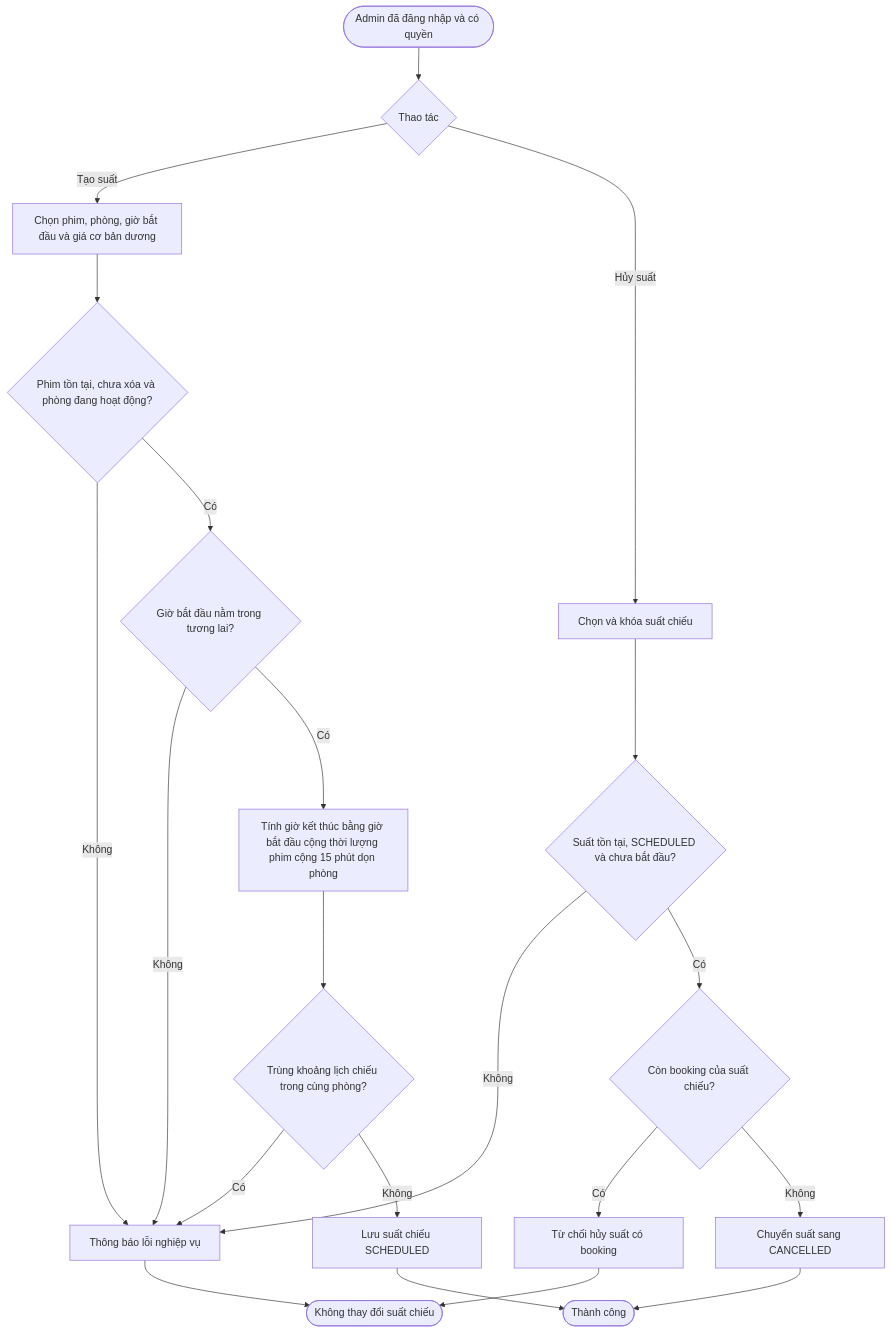
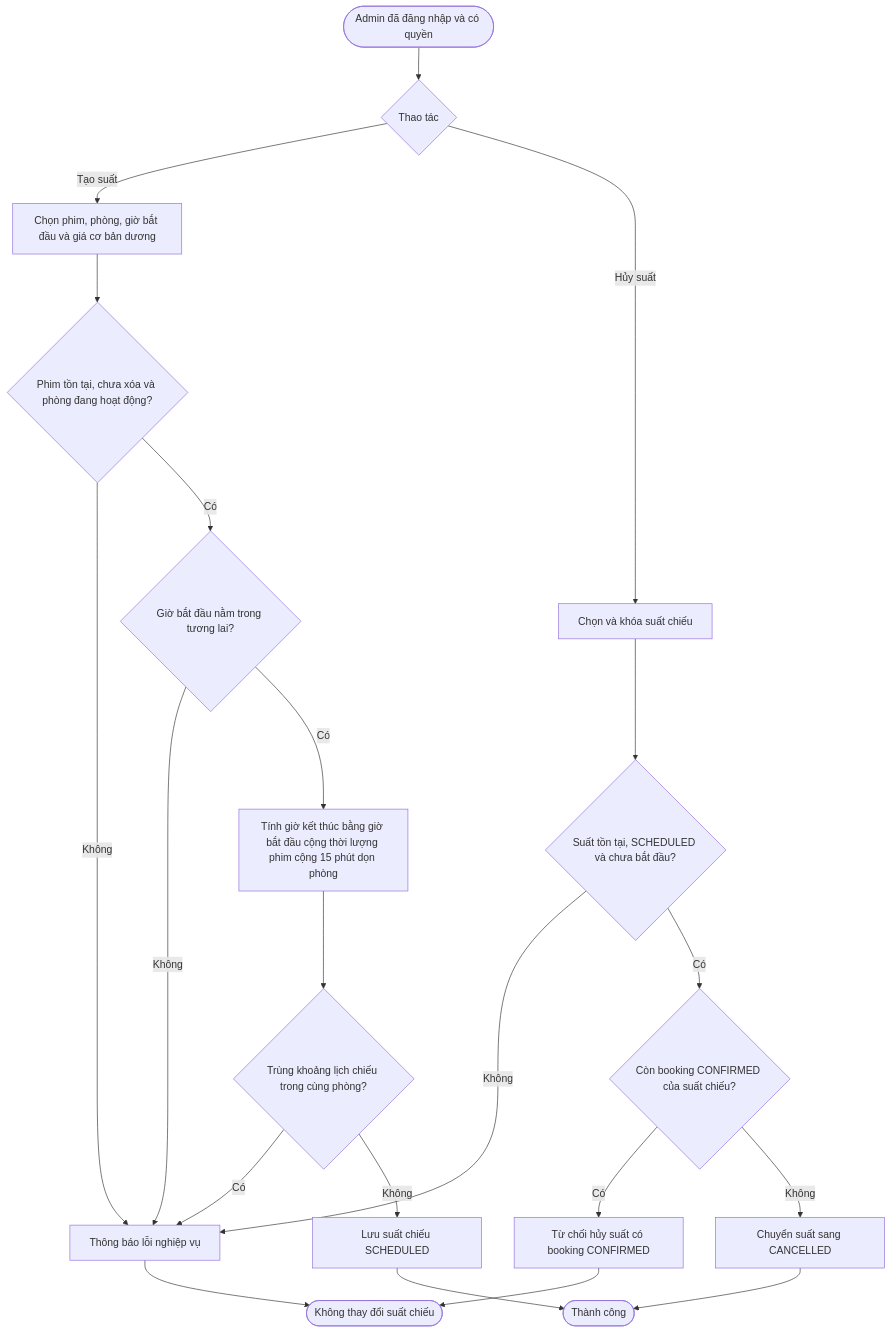
The seventh of 7 diagrams in docs/phase-1/so-do-luong-nghiep-vu.md (taclna/BTL-1-21-phase-2), drawn with Mermaid before and after one commit. The commit also changed other lines of this file, not shown here.

Commit message:
docs: update booking flow diagrams for soft cancellation

````diff
--- a/docs/phase-1/so-do-luong-nghiep-vu.md
+++ b/docs/phase-1/so-do-luong-nghiep-vu.md
@@ -161,24 +208,24 @@
 ```mermaid
 flowchart TD
     A0([Admin đã đăng nhập và có quyền]) --> A1{Thao tác}
     A1 -->|Tạo suất| A2[Chọn phim, phòng, giờ bắt đầu và giá cơ bản dương]
     A2 --> A3{Phim tồn tại, chưa xóa và phòng đang hoạt động?}
     A3 -->|Không| ERR[Thông báo lỗi nghiệp vụ]
     A3 -->|Có| A4{Giờ bắt đầu nằm trong tương lai?}
     A4 -->|Không| ERR
     A4 -->|Có| A5[Tính giờ kết thúc bằng giờ bắt đầu cộng thời lượng phim cộng 15 phút dọn phòng]
     A5 --> A6{Trùng khoảng lịch chiếu trong cùng phòng?}
     A6 -->|Có| ERR
     A6 -->|Không| A7[Lưu suất chiếu SCHEDULED]
     A7 --> DONE([Thành công])
 
     A1 -->|Hủy suất| A8[Chọn và khóa suất chiếu]
     A8 --> A9{Suất tồn tại, SCHEDULED và chưa bắt đầu?}
     A9 -->|Không| ERR
-    A9 -->|Có| A10{Còn booking của suất chiếu?}
-    A10 -->|Có| A11[Từ chối hủy suất có booking]
+    A9 -->|Có| A10{Còn booking CONFIRMED của suất chiếu?}
+    A10 -->|Có| A11[Từ chối hủy suất có booking CONFIRMED]
     A10 -->|Không| A12[Chuyển suất sang CANCELLED]
     A12 --> DONE
     A11 --> STOP([Không thay đổi suất chiếu])
     ERR --> STOP
 ```
````
